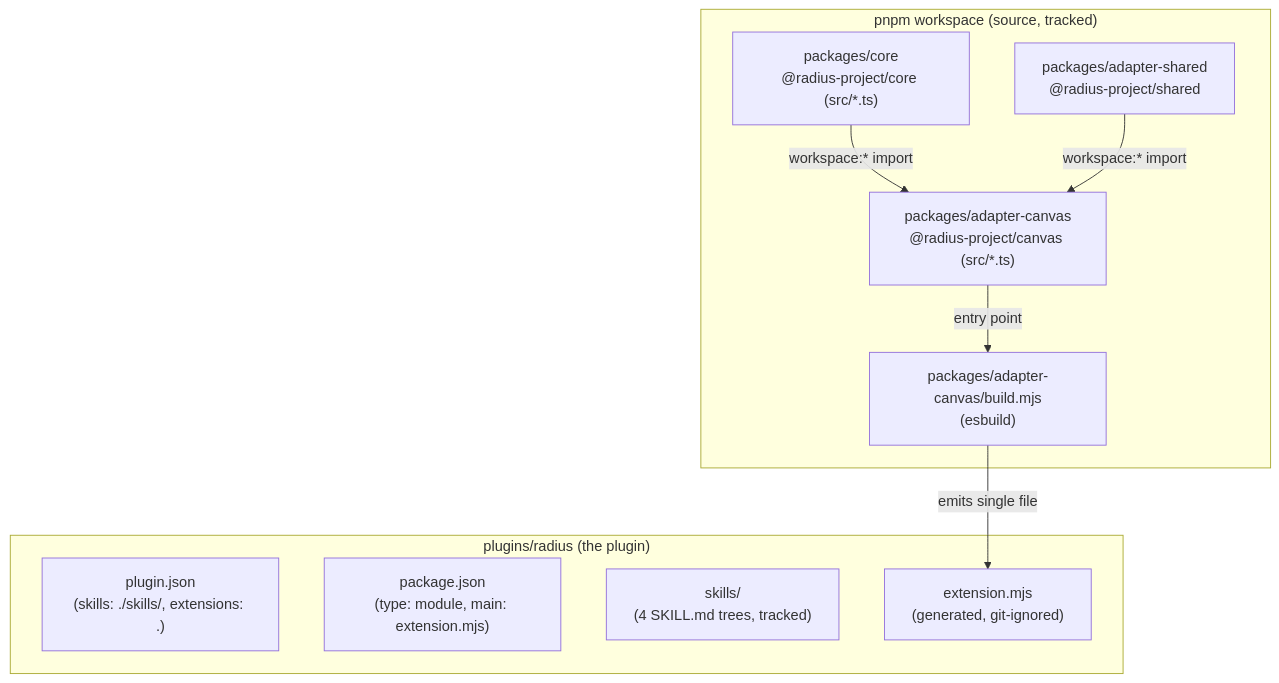
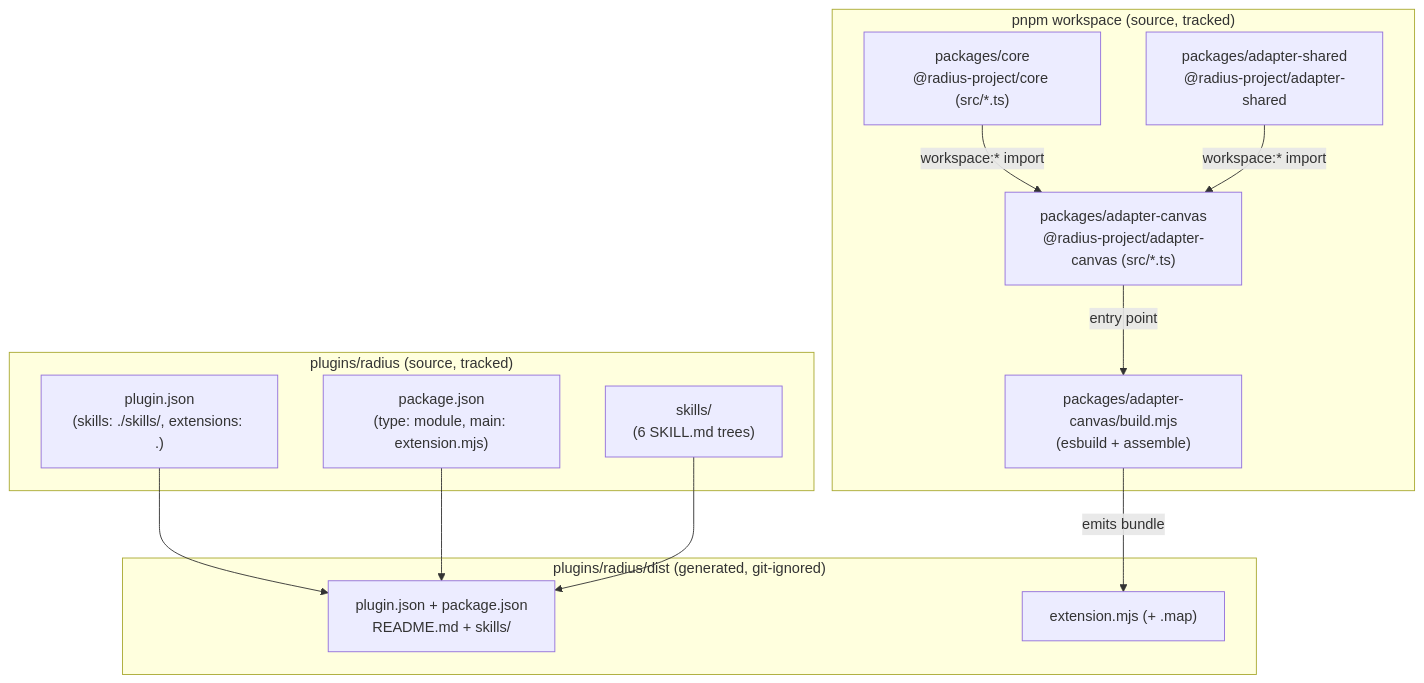
One commit to radius-project/ai-extensions changed the first of 2 diagrams in docs/architecture/plugin-packaging-and-publishing.md. Above: the diagram before and after it, drawn with Mermaid. The commit also changed other lines of this file and 76 other files, not shown here.

````diff
--- a/docs/architecture/plugin-packaging-and-publishing.md
+++ b/docs/architecture/plugin-packaging-and-publishing.md
@@ -5,21 +5,28 @@
 ```mermaid
 graph TD
     subgraph Workspace["pnpm workspace (source, tracked)"]
         Core["packages/core<br/>@radius-project/core (src/*.ts)"]
-        Shared["packages/adapter-shared<br/>@radius-project/shared"]
-        Canvas["packages/adapter-canvas<br/>@radius-project/canvas (src/*.ts)"]
-        Build["packages/adapter-canvas/build.mjs<br/>(esbuild)"]
+        Shared["packages/adapter-shared<br/>@radius-project/adapter-shared"]
+        Canvas["packages/adapter-canvas<br/>@radius-project/adapter-canvas (src/*.ts)"]
+        Build["packages/adapter-canvas/build.mjs<br/>(esbuild + assemble)"]
     end
 
-    subgraph PluginDir["plugins/radius (the plugin)"]
+    subgraph PluginSrc["plugins/radius (source, tracked)"]
         Manifest["plugin.json<br/>(skills: ./skills/, extensions: .)"]
         Pkg["package.json<br/>(type: module, main: extension.mjs)"]
-        Skills["skills/<br/>(4 SKILL.md trees, tracked)"]
-        Bundle["extension.mjs<br/>(generated, git-ignored)"]
+        Skills["skills/<br/>(6 SKILL.md trees)"]
+    end
+
+    subgraph Dist["plugins/radius/dist (generated, git-ignored)"]
+        DistAll["plugin.json + package.json<br/>README.md + skills/"]
+        Bundle["extension.mjs (+ .map)"]
     end
 
     Core -->|workspace:* import| Canvas
     Shared -->|workspace:* import| Canvas
     Canvas -->|entry point| Build
-    Build -->|emits single file| Bundle
+    Build -->|emits bundle| Bundle
+    Manifest --> DistAll
+    Pkg --> DistAll
+    Skills --> DistAll
 ```
````
